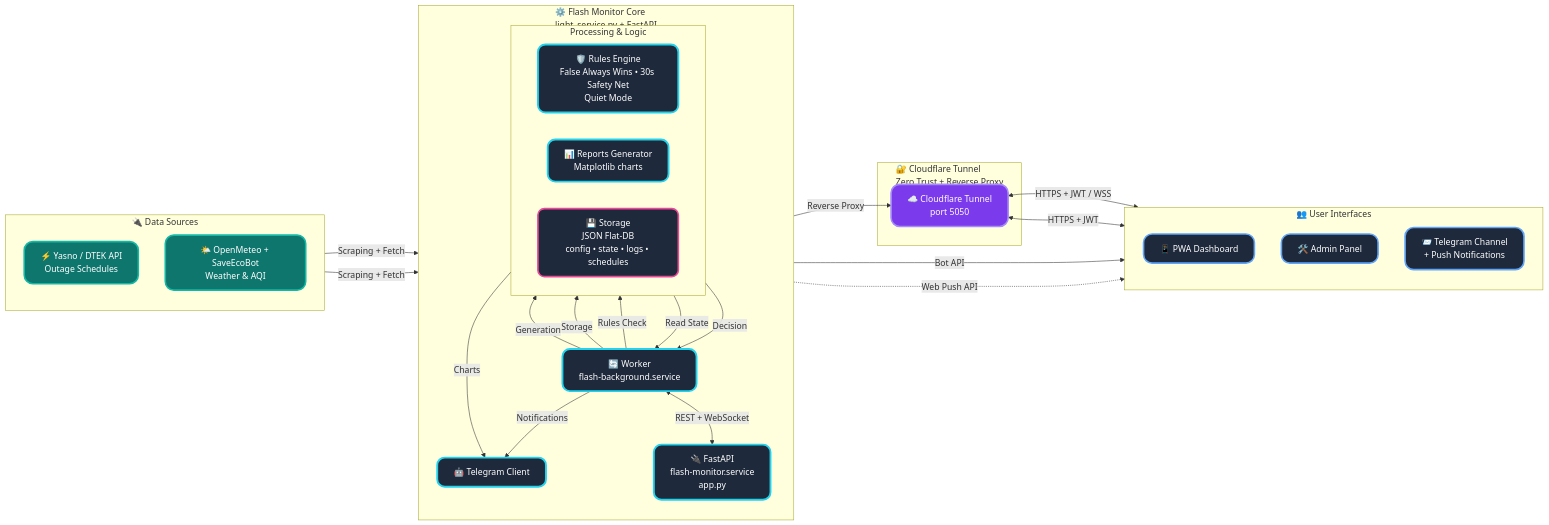
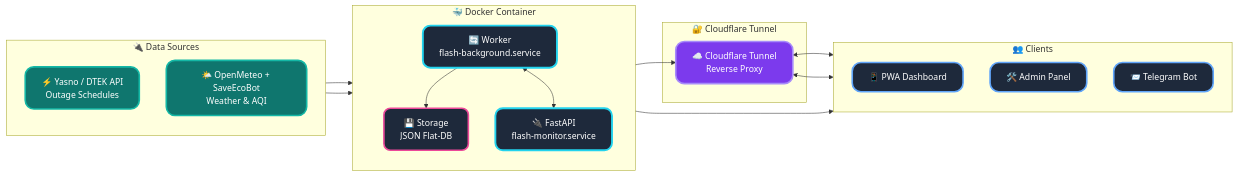
One commit to weby-homelab/flash-monitor-kyiv changed the diagram in README_ENG.md. Above: the diagram before and after it, drawn with Mermaid. The commit also changed other lines of this file and 1 other file, not shown here.

Commit message:
docs: exhaustive installation guides for both Docker and Bare-metal editions

````diff
--- a/README_ENG.md
+++ b/README_ENG.md
@@ -93,78 +65,39 @@
 ```mermaid
 flowchart LR
-    %% ================================================
-    %% NEW CONCEPT 2026 for README.md
-    %% "End-to-End Pipeline" — dynamic data flow
-    %% Horizontal pipeline with clear direction
-    %% Clean, modern, easy to read in GitHub (dark/light themes)
-    %% ================================================
-
     classDef external fill:#0f766e,stroke:#14b8a6,stroke-width:3px,color:#fff,rx:16px,ry:16px
     classDef core fill:#1e293b,stroke:#22d3ee,stroke-width:3.5px,color:#fff,rx:14px,ry:14px
     classDef gateway fill:#7c3aed,stroke:#a78bfa,stroke-width:3px,color:#fff,rx:16px,ry:16px
     classDef client fill:#1e293b,stroke:#60a5fa,stroke-width:3px,color:#fff,rx:16px,ry:16px
     classDef db fill:#1e293b,stroke:#ec4899,stroke-width:3px,color:#fff,rx:12px,ry:12px
 
-    %% ====================== LEFT SIDE: DATA SOURCES ======================
     subgraph External ["🔌 Data Sources"]
         direction TB
         Energy["⚡ Yasno / DTEK API<br>Outage Schedules"]:::external
         Meteo["🌤️ OpenMeteo + SaveEcoBot<br>Weather & AQI"]:::external
     end
 
-    %% ====================== CENTER: CORE PIPELINE ======================
-    subgraph Core ["⚙️ Flash Monitor Core<br>light_service.py + FastAPI"]
+    subgraph Docker ["🐳 Docker Container"]
         direction TB
-
         Worker["🔄 Worker<br>flash-background.service"]:::core
-
-        subgraph Processing ["Processing & Logic"]
-            direction LR
-            Rules["🛡️ Rules Engine<br>False Always Wins • 30s Safety Net<br>Quiet Mode"]:::core
-            Reports["📊 Reports Generator<br>Matplotlib charts"]:::core
-            Storage["💾 Storage<br>JSON Flat-DB<br>config • state • logs • schedules"]:::db
-        end
-
-        API["🔌 FastAPI<br>flash-monitor.service<br>app.py"]:::core
-        TgClient["🤖 Telegram Client"]:::core
+        API["🔌 FastAPI<br>flash-monitor.service"]:::core
+        Storage["💾 Storage<br>JSON Flat-DB"]:::db
     end
 
-    %% ====================== GATEWAY ======================
-    subgraph Gateway ["🔐 Cloudflare Tunnel<br>Zero Trust + Reverse Proxy"]
-        CF["☁️ Cloudflare Tunnel<br>port 5050"]:::gateway
+    subgraph Gateway ["🔐 Cloudflare Tunnel"]
+        CF["☁️ Cloudflare Tunnel<br>Reverse Proxy"]:::gateway
     end
 
-    %% ====================== RIGHT SIDE: CLIENTS ======================
-    subgraph Clients ["👥 User Interfaces"]
+    subgraph Clients ["👥 Clients"]
         direction TB
         PWA["📱 PWA Dashboard"]:::client
         Admin["🛠️ Admin Panel"]:::client
-        Telegram["📨 Telegram Channel<br>+ Push Notifications"]:::client
+        Telegram["📨 Telegram Bot"]:::client
     end
 
-    %% ====================== DATA FLOW (Main Trunk) ======================
-    Energy & Meteo -->|Scraping + Fetch| Worker
-
-    Worker -->|Rules Check| Rules
-    Rules -->|Decision| Worker
-
-    Worker -->|Storage| Storage
-    Storage -->|Read State| Worker
-
-    Worker -->|Generation| Reports
-    Worker -->|Notifications| TgClient
-    Reports -->|Charts| TgClient
-
-    Worker <-->|REST + WebSocket| API
-
-    API -->|Reverse Proxy| CF
-    CF <-->|HTTPS + JWT / WSS| PWA
-    CF <-->|HTTPS + JWT| Admin
-    TgClient -->|Bot API| Telegram
-
-    %% Additional push notifications
-    API -.->|Web Push API| PWA
-
-    %% ====================== Subgraph Title Style ======================
-    classDef subgraphTitle fill:#0f172a,stroke:none,color:#64748b,font-size:15px
+    Energy & Meteo --> Worker
+    Worker --> Storage
+    Worker <--> API
+    API --> CF
+    CF <--> PWA & Admin
+    Worker --> Telegram
 ```
````
